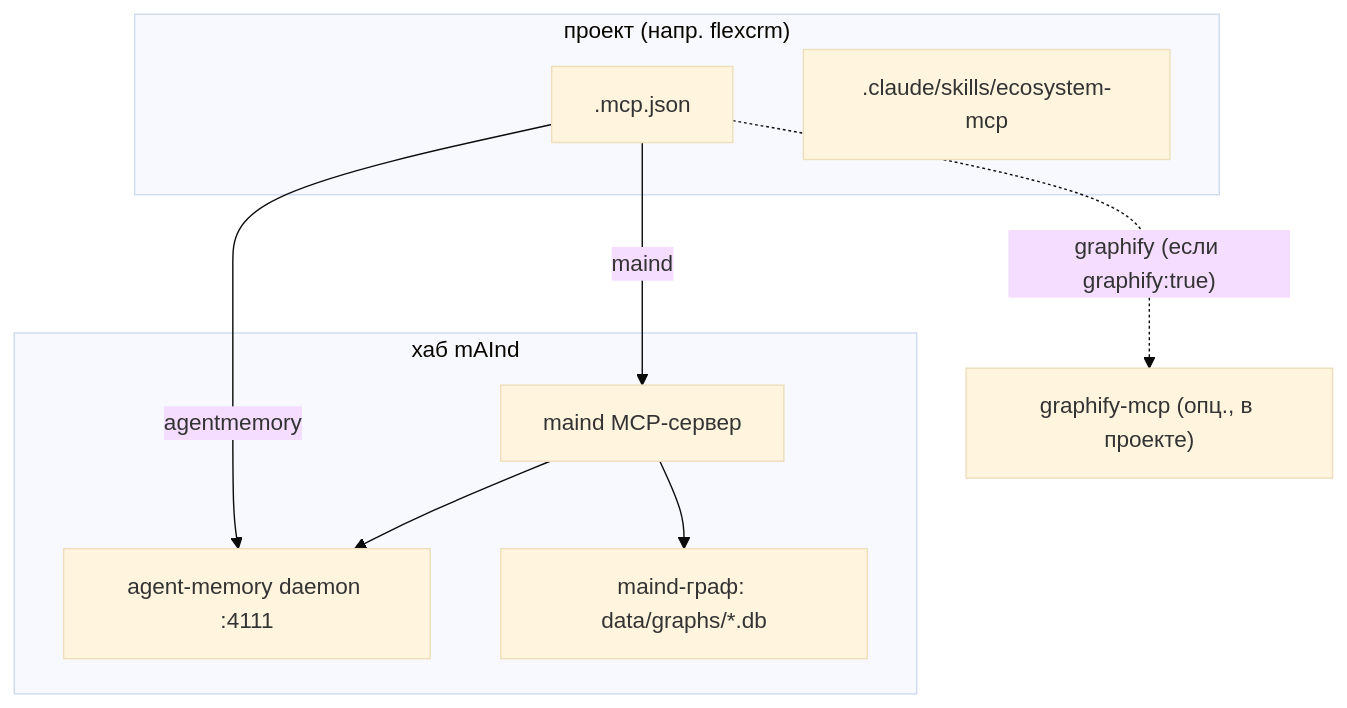
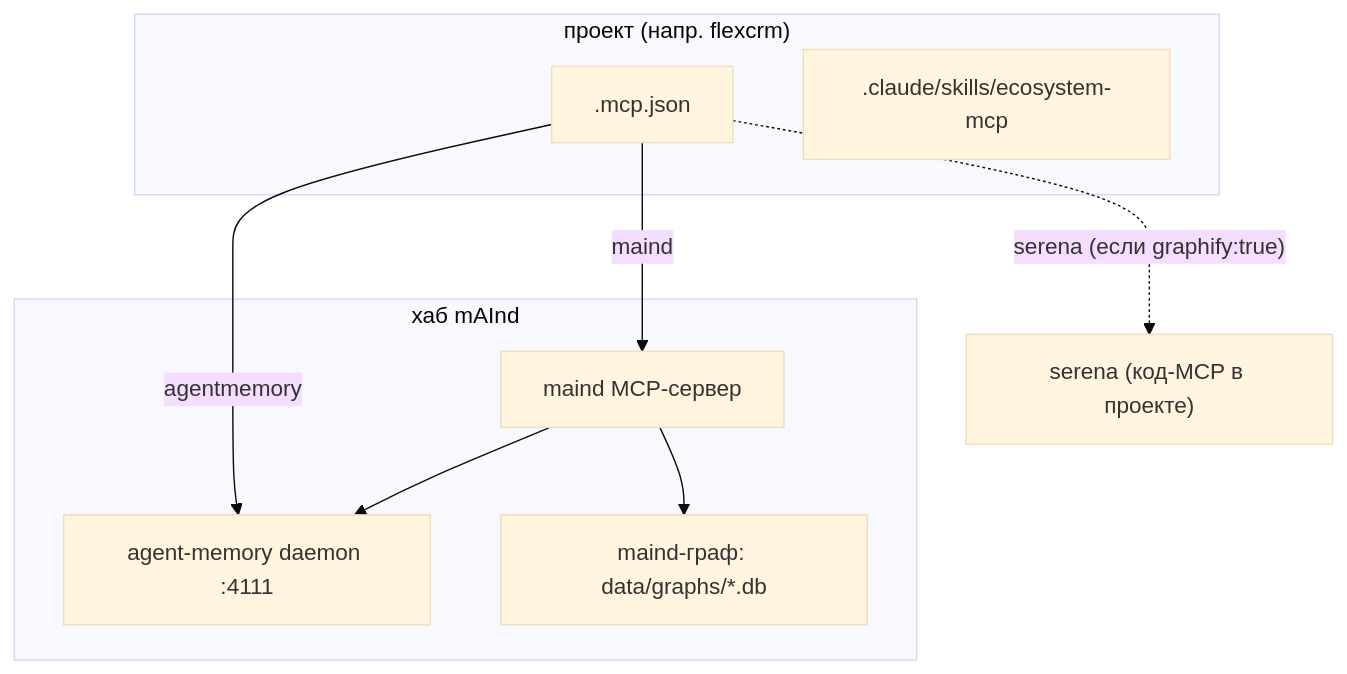
Before and after one commit to academici/swissknifeman: the first of 4 diagrams in docs/guide/how-it-works.md, drawn with Mermaid (base theme). The commit also changed other lines of this file and 10 other files, not shown here.

First line of the commit message:
feat(graphify): универсальный код-граф через Serena (oraios/serena) по умолчанию

````diff
--- a/docs/guide/how-it-works.md
+++ b/docs/guide/how-it-works.md
@@ -23,18 +23,18 @@
 ```mermaid
 graph TB
   subgraph proj["проект (напр. flexcrm)"]
     MCPJSON[".mcp.json"]
     SKILL[".claude/skills/ecosystem-mcp"]
   end
   subgraph hub["хаб mAInd"]
     MEM["agent-memory daemon :4111"]
     GR["maind-граф: data/graphs/*.db"]
     SRV["maind MCP-сервер"]
   end
-  GFY["graphify-mcp (опц., в проекте)"]
+  GFY["serena (код-MCP в проекте)"]
   MCPJSON -- "agentmemory" --> MEM
   MCPJSON -- "maind" --> SRV
-  MCPJSON -. "graphify (если graphify:true)" .-> GFY
+  MCPJSON -. "serena (если graphify:true)" .-> GFY
   SRV --> GR
   SRV --> MEM
 ```
````
